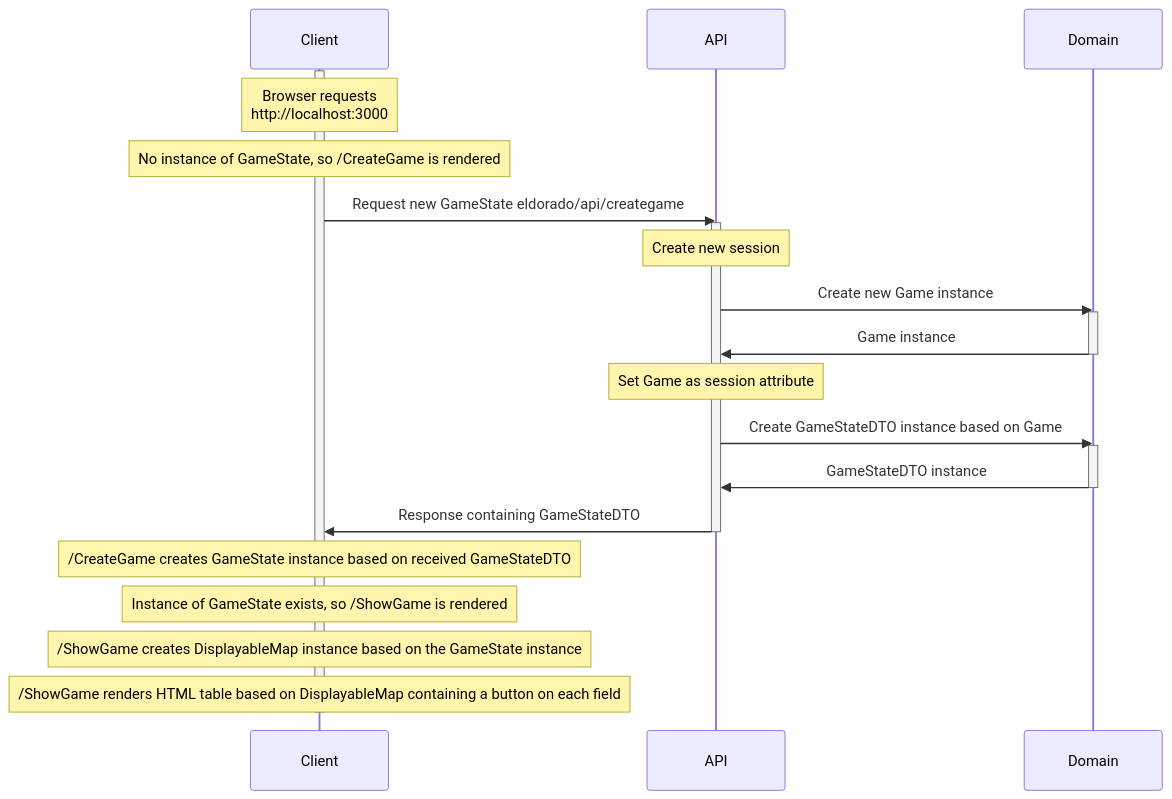
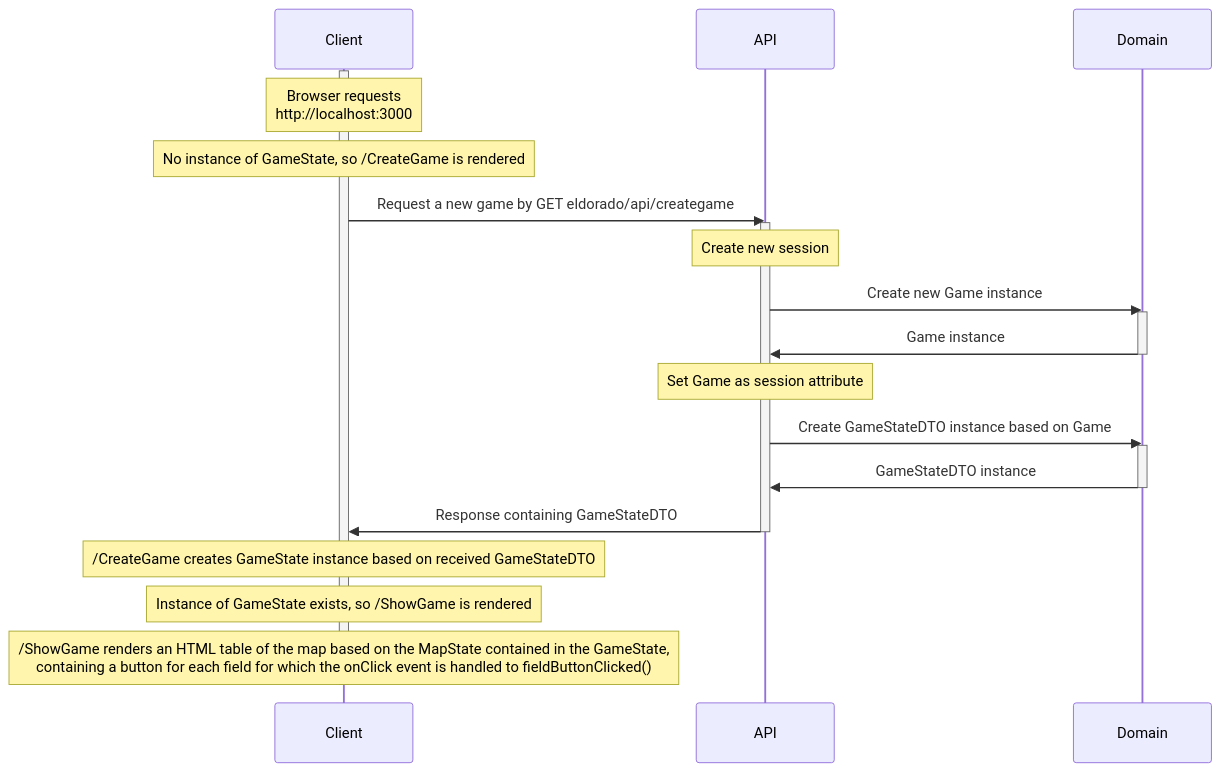
Before and after one commit to stijnlinderman/eldorado: the first of 8 diagrams in ARCHITECTURE.md, drawn with Mermaid. The commit also changed other lines of this file, not shown here.

````diff
--- a/ARCHITECTURE.md
+++ b/ARCHITECTURE.md
@@ -5,28 +5,27 @@
 ```mermaid
 sequenceDiagram
     participant Client
     participant API
     participant Domain
     activate Client
     Note over Client: Browser requests<br>http://localhost:3000
     Note over Client: No instance of GameState, so /CreateGame is rendered
-    Client->>API: Request new GameState eldorado/api/creategame
+    Client->>API: Request a new game by GET eldorado/api/creategame
     activate API
     Note over API: Create new session
     API->>Domain: Create new Game instance
     activate Domain
     Domain->>API: Game instance
     deactivate Domain
     Note over API: Set Game as session attribute
     API->>Domain: Create GameStateDTO instance based on Game
     activate Domain
     Domain->>API: GameStateDTO instance
     deactivate Domain
     API->>Client: Response containing GameStateDTO
     deactivate API
     Note over Client: /CreateGame creates GameState instance based on received GameStateDTO
     Note over Client: Instance of GameState exists, so /ShowGame is rendered
-    Note over Client: /ShowGame creates DisplayableMap instance based on the GameState instance
-    Note over Client: /ShowGame renders HTML table based on DisplayableMap containing a button on each field
+    Note over Client: /ShowGame renders an HTML table of the map based on the MapState contained in the GameState,<br>containing a button for each field for which the onClick event is handled to fieldButtonClicked()
     deactivate Client
 ```
````
